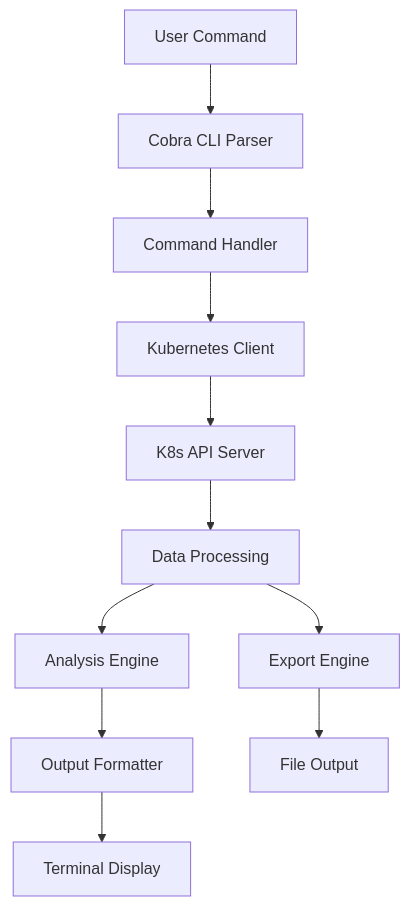
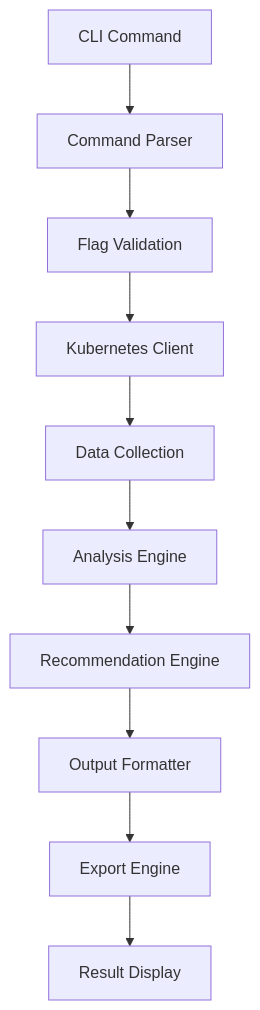
One commit to Portfolio-jaime/lab-go-cli changed the diagram in docs/ARCHITECTURE.md. Above: the diagram before and after it, drawn with Mermaid. The commit also changed other lines of this file and 4 other files, not shown here.

````diff
--- a/docs/ARCHITECTURE.md
+++ b/docs/ARCHITECTURE.md
@@ -95,14 +89,12 @@
 ```mermaid
 graph TD
-    A[User Command] --> B[Cobra CLI Parser]
-    B --> C[Command Handler]
+    A[CLI Command] --> B[Command Parser]
+    B --> C[Flag Validation]
     C --> D[Kubernetes Client]
-    D --> E[K8s API Server]
-    E --> F[Data Processing]
-    F --> G[Analysis Engine]
+    D --> E[Data Collection]
+    E --> F[Analysis Engine]
+    F --> G[Recommendation Engine]
     G --> H[Output Formatter]
-    H --> I[Terminal Display]
-    
-    F --> J[Export Engine]
-    J --> K[File Output]
+    H --> I[Export Engine]
+    I --> J[Result Display]
 ```
````
